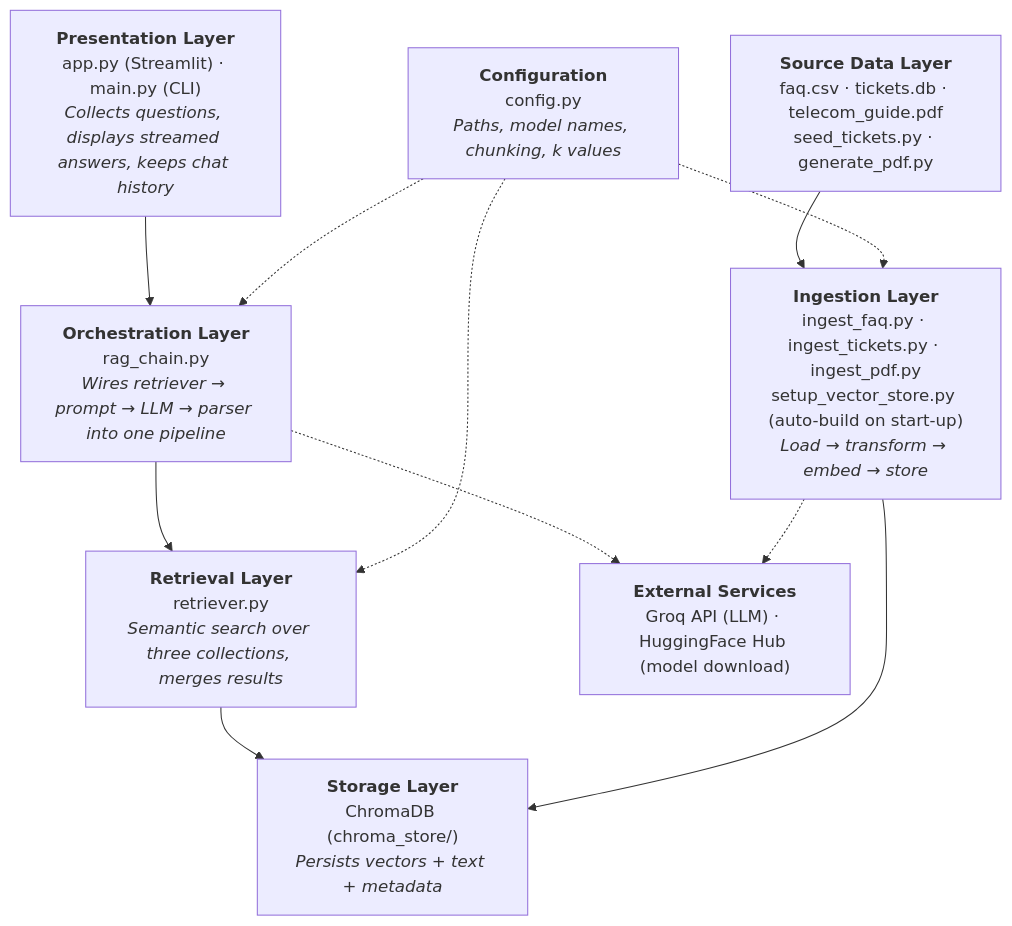
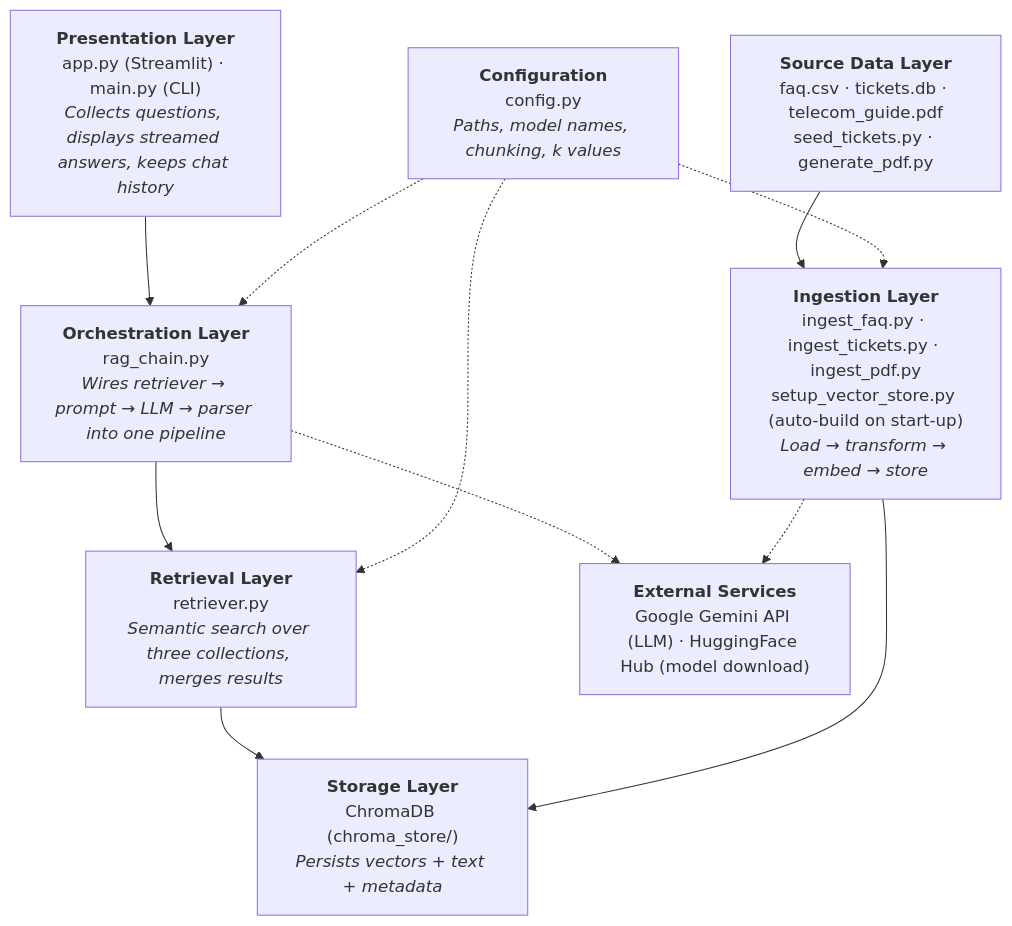
Before and after one commit to pavan-dharimireddy/RAG_Telecom_chat_bot: the second of 8 diagrams in architecture.md, drawn with Mermaid. The commit also changed other lines of this file and 9 other files, not shown here.

````diff
--- a/architecture.md
+++ b/architecture.md
@@ -75,17 +75,17 @@
 ```mermaid
 flowchart TB
     L1["<b>Presentation Layer</b><br/>app.py (Streamlit) · main.py (CLI)<br/><i>Collects questions, displays streamed answers, keeps chat history</i>"]
     L2["<b>Orchestration Layer</b><br/>rag_chain.py<br/><i>Wires retriever → prompt → LLM → parser into one pipeline</i>"]
     L3["<b>Retrieval Layer</b><br/>retriever.py<br/><i>Semantic search over three collections, merges results</i>"]
     L4["<b>Storage Layer</b><br/>ChromaDB (chroma_store/)<br/><i>Persists vectors + text + metadata</i>"]
     L5["<b>Ingestion Layer</b><br/>ingest_faq.py · ingest_tickets.py · ingest_pdf.py<br/>setup_vector_store.py (auto-build on start-up)<br/><i>Load → transform → embed → store</i>"]
     L6["<b>Source Data Layer</b><br/>faq.csv · tickets.db · telecom_guide.pdf<br/>seed_tickets.py · generate_pdf.py"]
-    EXT["<b>External Services</b><br/>Groq API (LLM) · HuggingFace Hub (model download)"]
+    EXT["<b>External Services</b><br/>Google Gemini API (LLM) · HuggingFace Hub (model download)"]
     CFG["<b>Configuration</b><br/>config.py<br/><i>Paths, model names, chunking, k values</i>"]
 
     L1 --> L2 --> L3 --> L4
     L6 --> L5 --> L4
     L2 -.-> EXT
     L5 -.-> EXT
     CFG -.-> L2 & L3 & L5
 ```
````
